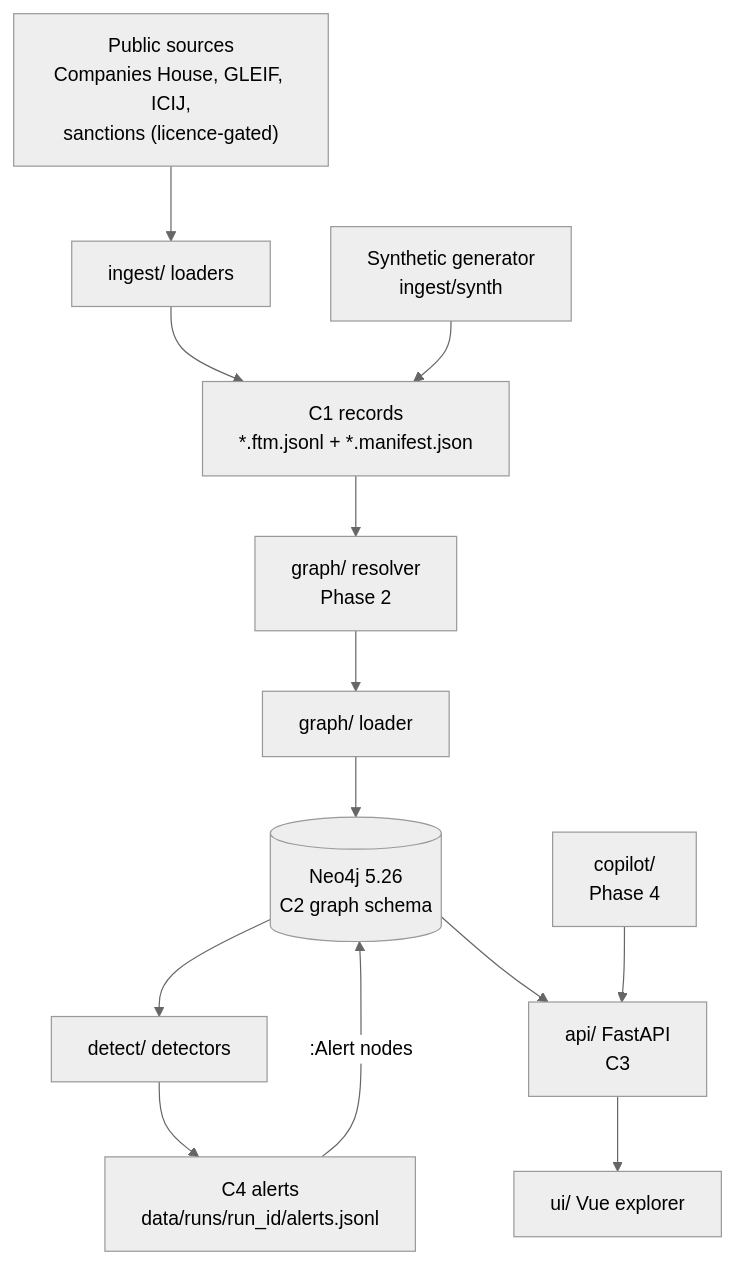
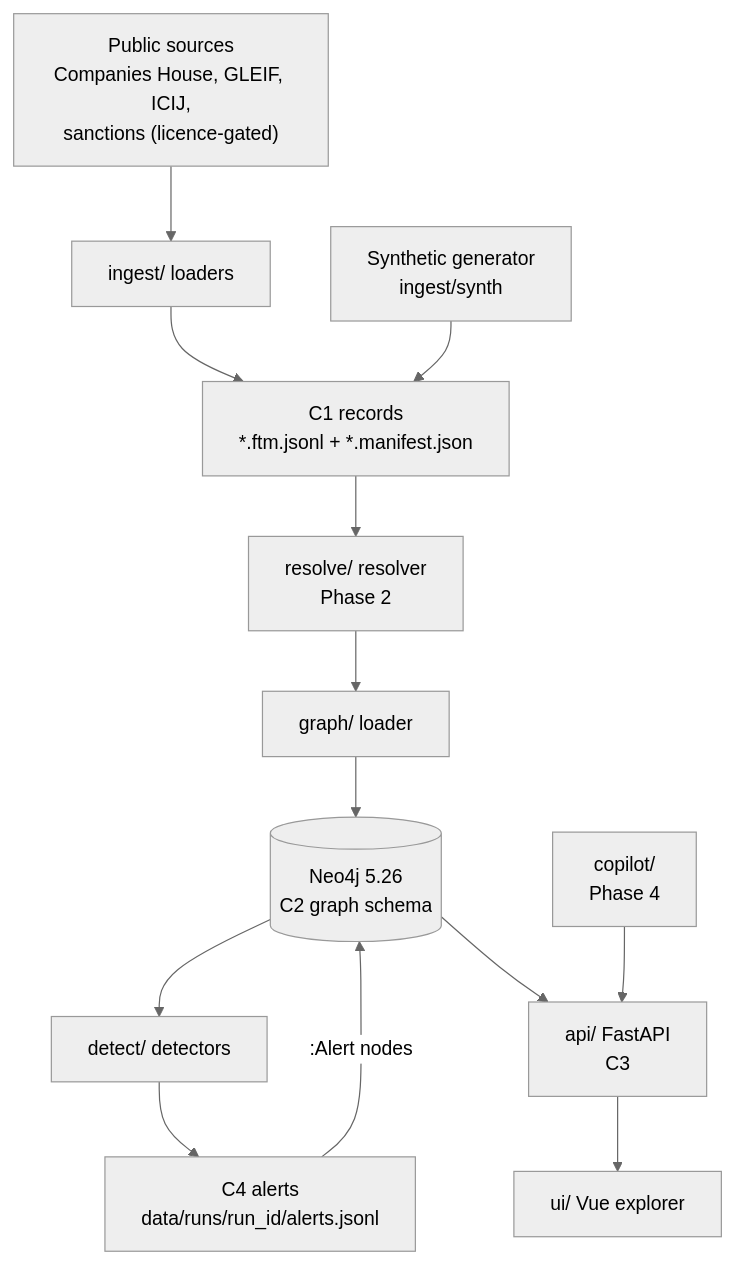
One commit to Robotat-Technologies/neon-radar changed the first of 2 diagrams in docs/architecture/overview.md. Above: the diagram before and after it, drawn with Mermaid (neutral theme). The commit also changed other lines of this file and 4 other files, not shown here.

First line of the commit message:
docs(er): add Assignment 3, the Phase 2 glossary and the data flow [M2.14]

````diff
--- a/docs/architecture/overview.md
+++ b/docs/architecture/overview.md
@@ -7,27 +7,27 @@
 ```mermaid
 flowchart TB
   SRC["Public sources<br/>Companies House, GLEIF, ICIJ,<br/>sanctions (licence-gated)"]
   GEN["Synthetic generator<br/>ingest/synth"]
   LD["ingest/ loaders"]
   REC["C1 records<br/>*.ftm.jsonl + *.manifest.json"]
-  RES["graph/ resolver<br/>Phase 2"]
+  RES["resolve/ resolver<br/>Phase 2"]
   GL["graph/ loader"]
   NEO[("Neo4j 5.26<br/>C2 graph schema")]
   DET["detect/ detectors"]
   AL["C4 alerts<br/>data/runs/run_id/alerts.jsonl"]
   API["api/ FastAPI<br/>C3"]
   COP["copilot/<br/>Phase 4"]
   UI["ui/ Vue explorer"]
   SRC --> LD
   LD --> REC
   GEN --> REC
   REC --> RES
   RES --> GL
   GL --> NEO
   NEO --> DET
   DET --> AL
   AL -- ":Alert nodes" --> NEO
   NEO --> API
   COP --> API
   API --> UI
 ```
````
